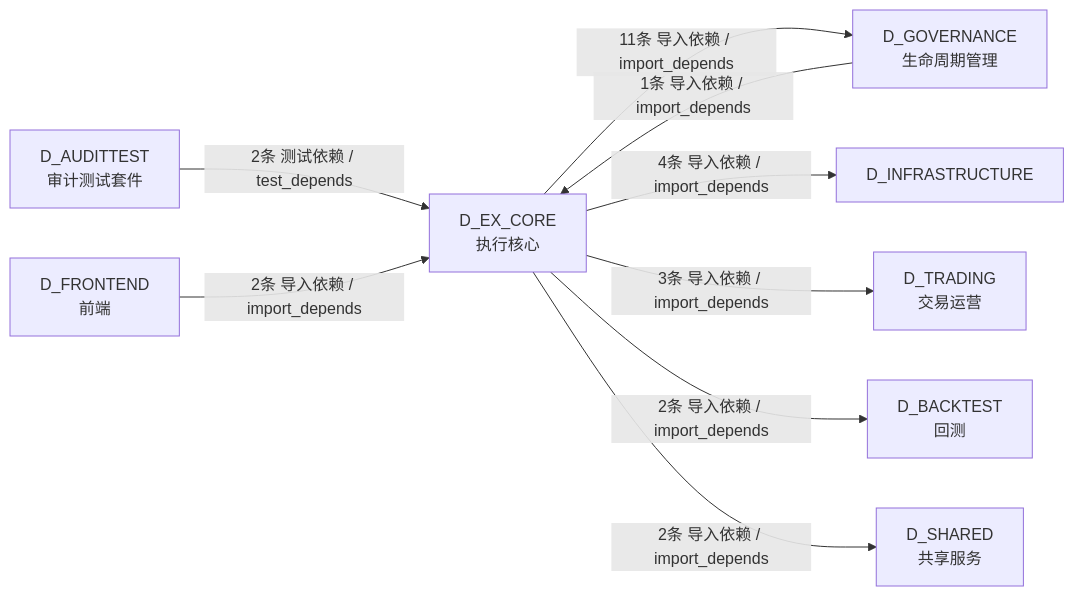
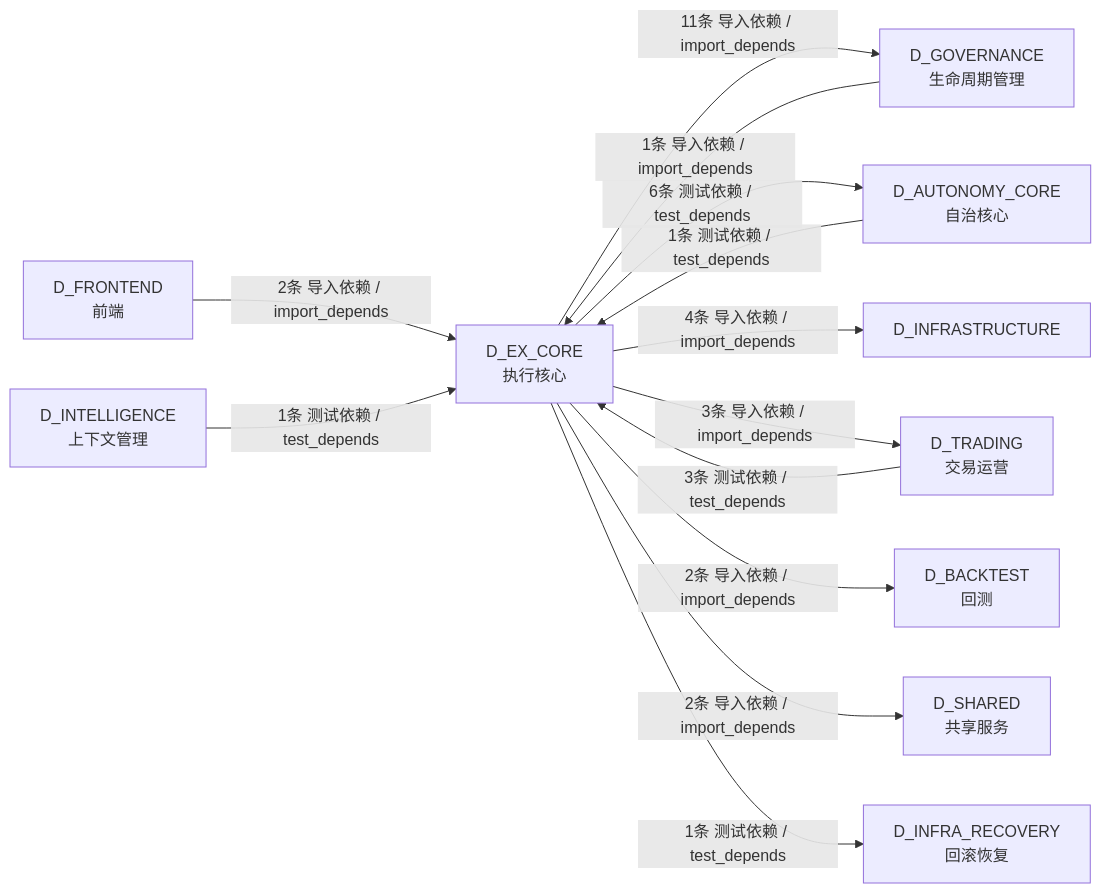
Before and after one commit to xuanFelixVan/ZephyrAlpha: the fifth of 5 diagrams in docs/02_enterprise_architecture/02_domain_architecture_docs/32_d_ex_core.md, drawn with Mermaid. The commit also changed other lines of this file and 112 other files, not shown here.

````diff
--- a/docs/02_enterprise_architecture/02_domain_architecture_docs/32_d_ex_core.md
+++ b/docs/02_enterprise_architecture/02_domain_architecture_docs/32_d_ex_core.md
@@ -291,19 +327,25 @@
 ```mermaid
 graph LR
     D_EX_CORE["D_EX_CORE<br/>执行核心"]
     D_GOVERNANCE["D_GOVERNANCE<br/>生命周期管理"]
+    D_AUTONOMY_CORE["D_AUTONOMY_CORE<br/>自治核心"]
     D_INFRASTRUCTURE["D_INFRASTRUCTURE"]
     D_TRADING["D_TRADING<br/>交易运营"]
     D_BACKTEST["D_BACKTEST<br/>回测"]
     D_SHARED["D_SHARED<br/>共享服务"]
-    D_AUDITTEST["D_AUDITTEST<br/>审计测试套件"]
+    D_INFRA_RECOVERY["D_INFRA_RECOVERY<br/>回滚恢复"]
     D_FRONTEND["D_FRONTEND<br/>前端"]
+    D_INTELLIGENCE["D_INTELLIGENCE<br/>上下文管理"]
     D_EX_CORE -->|11条 导入依赖 / import_depends| D_GOVERNANCE
+    D_EX_CORE -->|6条 测试依赖 / test_depends| D_AUTONOMY_CORE
     D_EX_CORE -->|4条 导入依赖 / import_depends| D_INFRASTRUCTURE
     D_EX_CORE -->|3条 导入依赖 / import_depends| D_TRADING
     D_EX_CORE -->|2条 导入依赖 / import_depends| D_BACKTEST
     D_EX_CORE -->|2条 导入依赖 / import_depends| D_SHARED
-    D_AUDITTEST -->|2条 测试依赖 / test_depends| D_EX_CORE
+    D_EX_CORE -->|1条 测试依赖 / test_depends| D_INFRA_RECOVERY
+    D_TRADING -->|3条 测试依赖 / test_depends| D_EX_CORE
     D_FRONTEND -->|2条 导入依赖 / import_depends| D_EX_CORE
+    D_AUTONOMY_CORE -->|1条 测试依赖 / test_depends| D_EX_CORE
     D_GOVERNANCE -->|1条 导入依赖 / import_depends| D_EX_CORE
+    D_INTELLIGENCE -->|1条 测试依赖 / test_depends| D_EX_CORE
 ```
````
